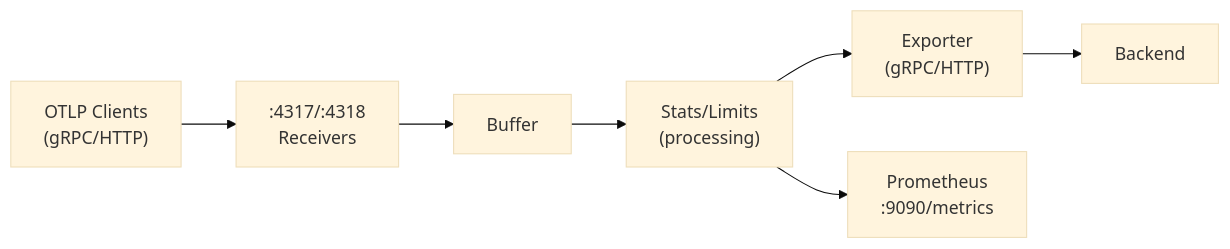
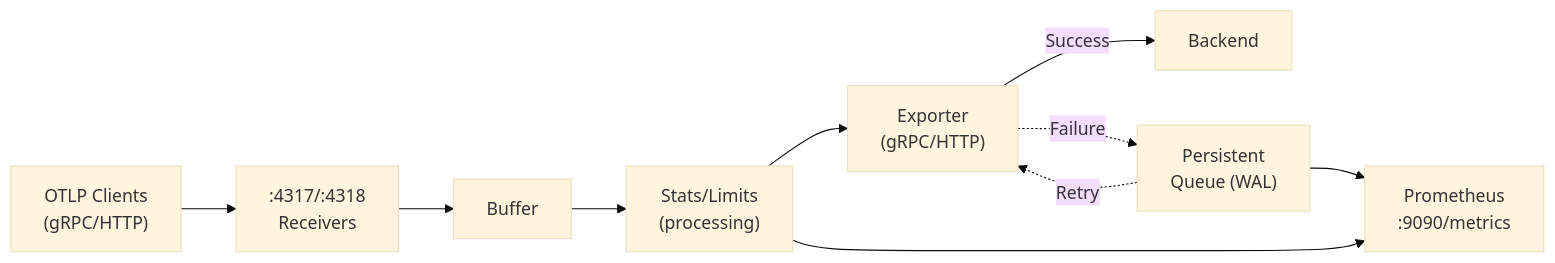
The second of 2 diagrams in README.md (szibis/metrics-governor), drawn with Mermaid (base theme) before and after one commit. The commit also changed other lines of this file and 18 other files, not shown here.

First line of the commit message:
Add persistent WAL-based sending queue for exporter

````diff
--- a/README.md
+++ b/README.md
@@ -1036,9 +1042,12 @@
 ```mermaid
 flowchart LR
     Clients["OTLP Clients<br/>(gRPC/HTTP)"] --> Receivers[":4317/:4318<br/>Receivers"]
     Receivers --> Buffer["Buffer"]
     Buffer --> Processing["Stats/Limits<br/>(processing)"]
     Processing --> Exporter["Exporter<br/>(gRPC/HTTP)"]
-    Exporter --> Backend["Backend"]
+    Exporter -->|"Success"| Backend["Backend"]
+    Exporter -.->|"Failure"| Queue["Persistent<br/>Queue (WAL)"]
+    Queue -.->|"Retry"| Exporter
     Processing --> Prom["Prometheus<br/>:9090/metrics"]
+    Queue --> Prom
 ```
````
